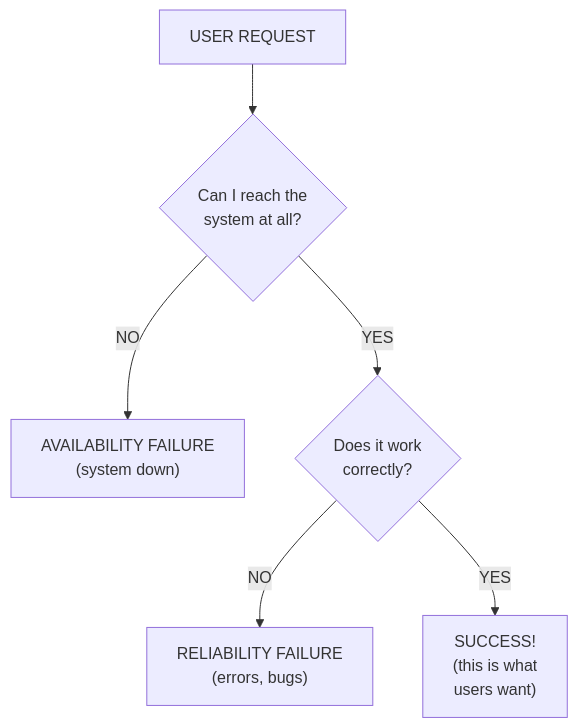
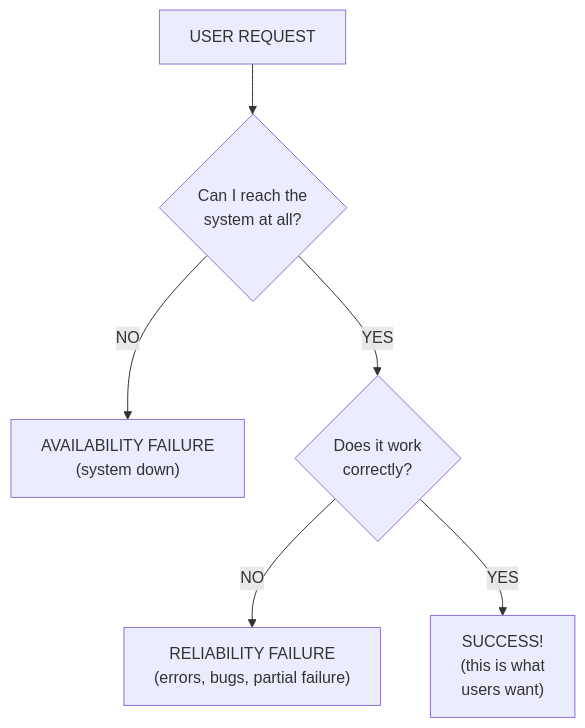
The third of 9 diagrams in src/content/docs/platform/foundations/reliability-engineering/module-2.1-what-is-reliability.md (kube-dojo/kube-dojo), drawn with Mermaid before and after one commit. The commit also changed other lines of this file and 4 other files, not shown here.

````diff
--- a/src/content/docs/platform/foundations/reliability-engineering/module-2.1-what-is-reliability.md
+++ b/src/content/docs/platform/foundations/reliability-engineering/module-2.1-what-is-reliability.md
@@ -212,8 +127,8 @@
 ```mermaid
 flowchart TD
     UR["USER REQUEST"] --> Q1{"Can I reach the<br/>system at all?"}
     Q1 -->|NO| AF["AVAILABILITY FAILURE<br/>(system down)"]
     Q1 -->|YES| Q2{"Does it work<br/>correctly?"}
-    Q2 -->|NO| RF["RELIABILITY FAILURE<br/>(errors, bugs)"]
+    Q2 -->|NO| RF["RELIABILITY FAILURE<br/>(errors, bugs, partial failure)"]
     Q2 -->|YES| S["SUCCESS!<br/>(this is what<br/>users want)"]
 ```
````
